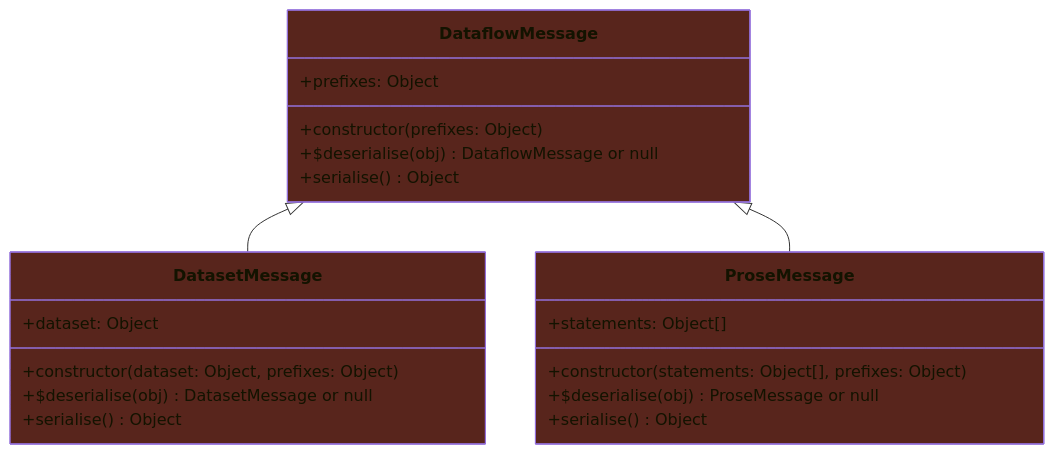
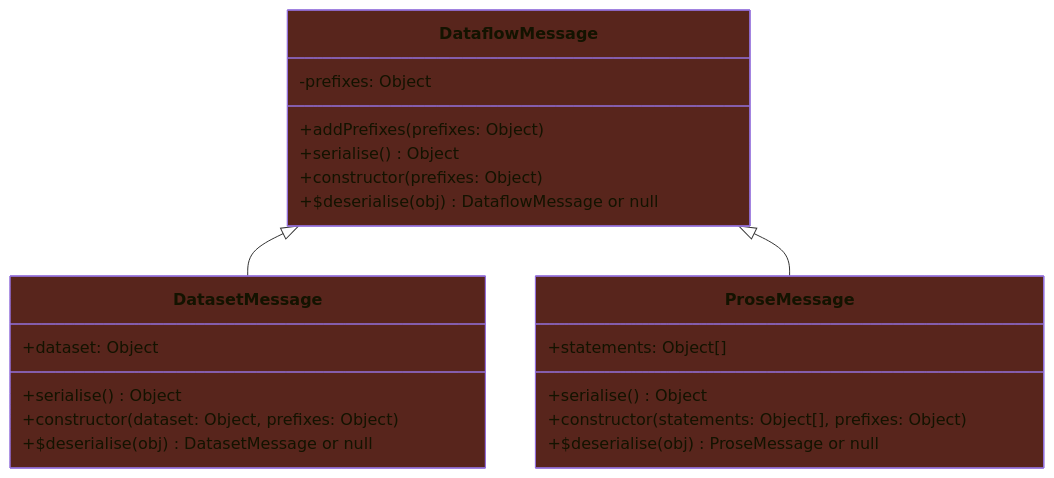
One commit to doga/rdf-dataflow changed the first of 2 diagrams in README.md. Above: the diagram before and after it, drawn with Mermaid. The commit also changed other lines of this file and 1 other file, not shown here.

````diff
--- a/README.md
+++ b/README.md
@@ -133,27 +143,28 @@
 ```mermaid
 classDiagram
   DataflowMessage <|-- DatasetMessage
   DataflowMessage <|-- ProseMessage
   class DataflowMessage {
-   +prefixes: Object
+   -prefixes: Object
+   +addPrefixes(prefixes: Object)
+   +serialise() Object
    +constructor(prefixes: Object)
    +$deserialise(obj) DataflowMessage or null
-   +serialise() Object
   }
   class DatasetMessage {
    +dataset: Object
+   +serialise() Object
    +constructor(dataset: Object, prefixes: Object)
    +$deserialise(obj) DatasetMessage or null
-   +serialise() Object
   }
   class ProseMessage {
    +statements: Object[]
+   +serialise() Object
    +constructor(statements: Object[], prefixes: Object)
    +$deserialise(obj) ProseMessage or null
-   +serialise() Object
   }
 
   style DataflowMessage fill:#58251C
   style DatasetMessage fill:#58251C
   style ProseMessage fill:#58251C
 ```
````
